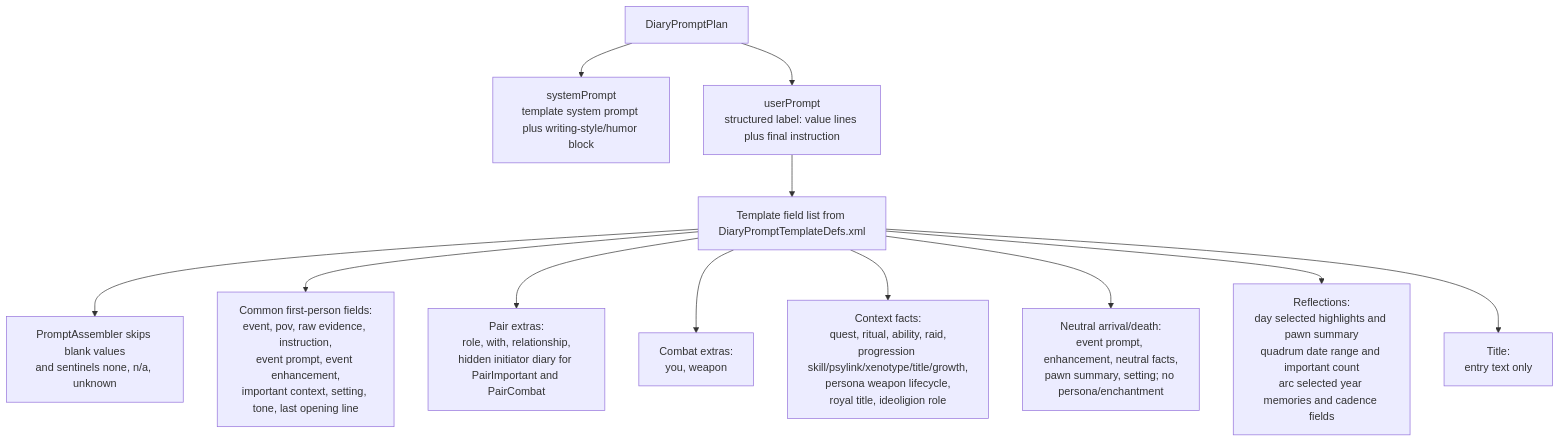
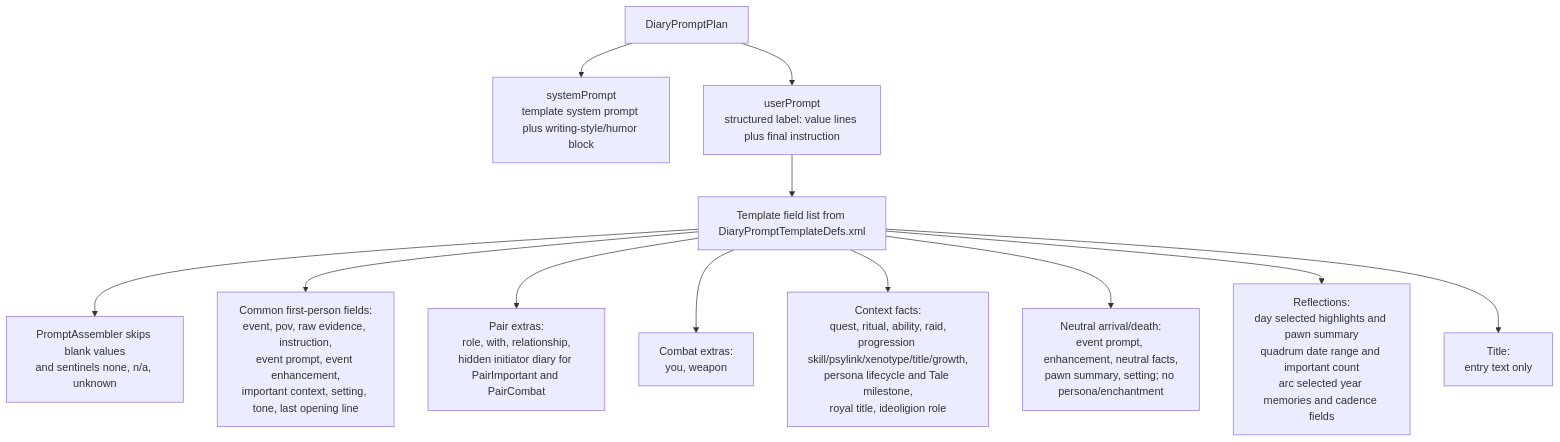
One commit to aimmlegate/PawnDiary changed the sixth of 6 diagrams in EVENT_PROMPT_MAP.md. Above: the diagram before and after it, drawn with Mermaid. The commit also changed other lines of this file and 42 other files, not shown here.

````diff
--- a/EVENT_PROMPT_MAP.md
+++ b/EVENT_PROMPT_MAP.md
@@ -614,14 +623,14 @@
 ```mermaid
 flowchart TD
     Plan["DiaryPromptPlan"] --> System["systemPrompt<br/>template system prompt plus writing-style/humor block"]
     Plan --> User["userPrompt<br/>structured label: value lines plus final instruction"]
     User --> Fields["Template field list from DiaryPromptTemplateDefs.xml"]
     Fields --> Skip["PromptAssembler skips blank values<br/>and sentinels none, n/a, unknown"]
     Fields --> Common["Common first-person fields:<br/>event, pov, raw evidence, instruction,<br/>event prompt, event enhancement,<br/>important context, setting, tone, last opening line"]
     Fields --> PairFields["Pair extras:<br/>role, with, relationship,<br/>hidden initiator diary for PairImportant and PairCombat"]
     Fields --> CombatFields["Combat extras:<br/>you, weapon"]
-    Fields --> SourceFacts["Context facts:<br/>quest, ritual, ability, raid,<br/>progression skill/psylink/xenotype/title/growth,<br/>persona weapon lifecycle,<br/>royal title, ideoligion role"]
+    Fields --> SourceFacts["Context facts:<br/>quest, ritual, ability, raid,<br/>progression skill/psylink/xenotype/title/growth,<br/>persona lifecycle and Tale milestone,<br/>royal title, ideoligion role"]
     Fields --> Boundary["Neutral arrival/death:<br/>event prompt, enhancement, neutral facts,<br/>pawn summary, setting; no persona/enchantment"]
     Fields --> Reflection["Reflections:<br/>day selected highlights and pawn summary<br/>quadrum date range and important count<br/>arc selected year memories and cadence fields"]
     Fields --> Title["Title:<br/>entry text only"]
 ```
````
